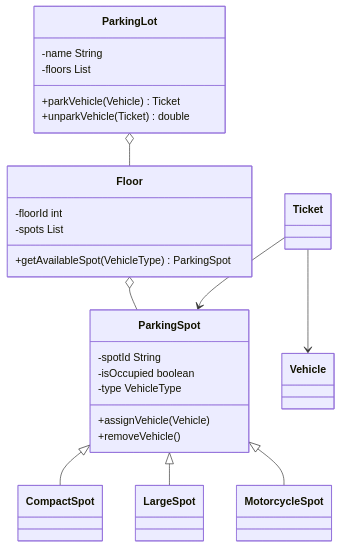
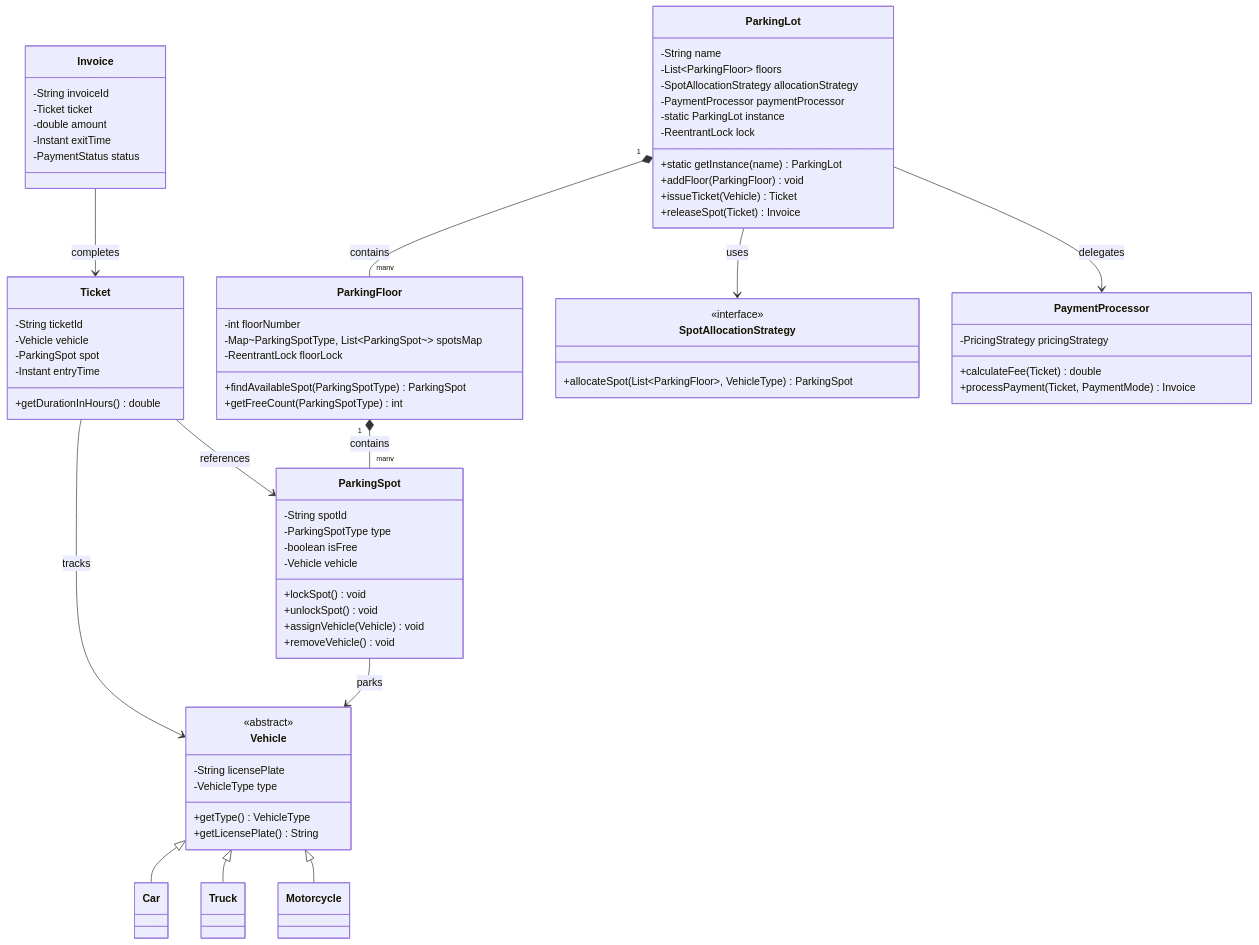
The first of 2 diagrams in low-level-design/concepts/15-parking-lot-design.md (gp330841/interview), drawn with Mermaid before and after one commit. The commit also changed other lines of this file and 66 other files, not shown here.

````diff
--- a/low-level-design/concepts/15-parking-lot-design.md
+++ b/low-level-design/concepts/15-parking-lot-design.md
@@ -18,28 +24,82 @@
 ```mermaid
 classDiagram
-    ParkingLot o-- Floor
-    Floor o-- ParkingSpot
-    ParkingSpot <|-- CompactSpot
-    ParkingSpot <|-- LargeSpot
-    ParkingSpot <|-- MotorcycleSpot
-    Ticket --> Vehicle
-    Ticket --> ParkingSpot
     class ParkingLot {
-        -name String
-        -floors List
-        +parkVehicle(Vehicle) Ticket
-        +unparkVehicle(Ticket) double
+        -String name
+        -List~ParkingFloor~ floors
+        -SpotAllocationStrategy allocationStrategy
+        -PaymentProcessor paymentProcessor
+        -static ParkingLot instance
+        -ReentrantLock lock
+        +static getInstance(name) ParkingLot
+        +addFloor(ParkingFloor) void
+        +issueTicket(Vehicle) Ticket
+        +releaseSpot(Ticket) Invoice
     }
-    class Floor {
-        -floorId int
-        -spots List
-        +getAvailableSpot(VehicleType) ParkingSpot
+
+    class ParkingFloor {
+        -int floorNumber
+        -Map~ParkingSpotType, List~ParkingSpot~~ spotsMap
+        -ReentrantLock floorLock
+        +findAvailableSpot(ParkingSpotType) ParkingSpot
+        +getFreeCount(ParkingSpotType) int
     }
+
     class ParkingSpot {
-        -spotId String
-        -isOccupied boolean
-        -type VehicleType
-        +assignVehicle(Vehicle)
-        +removeVehicle()
+        -String spotId
+        -ParkingSpotType type
+        -boolean isFree
+        -Vehicle vehicle
+        +lockSpot() void
+        +unlockSpot() void
+        +assignVehicle(Vehicle) void
+        +removeVehicle() void
     }
+
+    class Vehicle {
+        <<abstract>>
+        -String licensePlate
+        -VehicleType type
+        +getType() VehicleType
+        +getLicensePlate() String
+    }
+
+    class Ticket {
+        -String ticketId
+        -Vehicle vehicle
+        -ParkingSpot spot
+        -Instant entryTime
+        +getDurationInHours() double
+    }
+
+    class Invoice {
+        -String invoiceId
+        -Ticket ticket
+        -double amount
+        -Instant exitTime
+        -PaymentStatus status
+    }
+
+    class SpotAllocationStrategy {
+        <<interface>>
+        +allocateSpot(List~ParkingFloor~, VehicleType) ParkingSpot
+    }
+
+    class PaymentProcessor {
+        -PricingStrategy pricingStrategy
+        +calculateFee(Ticket) double
+        +processPayment(Ticket, PaymentMode) Invoice
+    }
+
+    ParkingLot "1" *-- "many" ParkingFloor : contains
+    ParkingFloor "1" *-- "many" ParkingSpot : contains
+    ParkingSpot --> Vehicle : parks
+    Ticket --> Vehicle : tracks
+    Ticket --> ParkingSpot : references
+    Invoice --> Ticket : completes
+    ParkingLot --> SpotAllocationStrategy : uses
+    ParkingLot --> PaymentProcessor : delegates
+
+    Vehicle <|-- Car
+    Vehicle <|-- Truck
+    Vehicle <|-- Motorcycle
 ```
````
